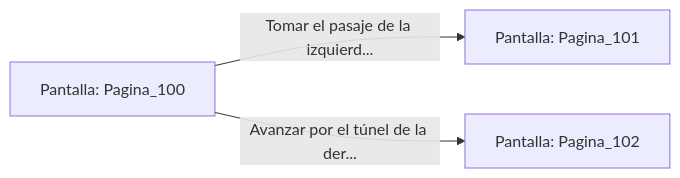
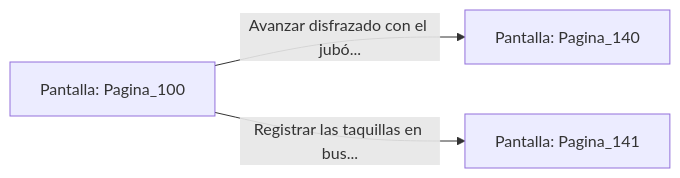
The diagram in sample/eligejuego-vault/Pantalla_Pagina_100.md (metsuke/mpl), drawn with Mermaid before and after one commit. The commit also changed other lines of this file and 635 other files, not shown here.

First line of the commit message:
fix: añadir Pagina_1 como pantalla inicial en capitulo_01.mpl

````diff
--- a/sample/eligejuego-vault/Pantalla_Pagina_100.md
+++ b/sample/eligejuego-vault/Pantalla_Pagina_100.md
@@ -20,6 +22,6 @@
 ```mermaid
 graph LR
     P_Pagina_100["Pantalla: Pagina_100"]
-    P_Pagina_100 -->|"Tomar el pasaje de la izquierd..."| P_Pagina_101["Pantalla: Pagina_101"]
-    P_Pagina_100 -->|"Avanzar por el túnel de la der..."| P_Pagina_102["Pantalla: Pagina_102"]
+    P_Pagina_100 -->|"Avanzar disfrazado con el jubó..."| P_Pagina_140["Pantalla: Pagina_140"]
+    P_Pagina_100 -->|"Registrar las taquillas en bus..."| P_Pagina_141["Pantalla: Pagina_141"]
 ```
````
